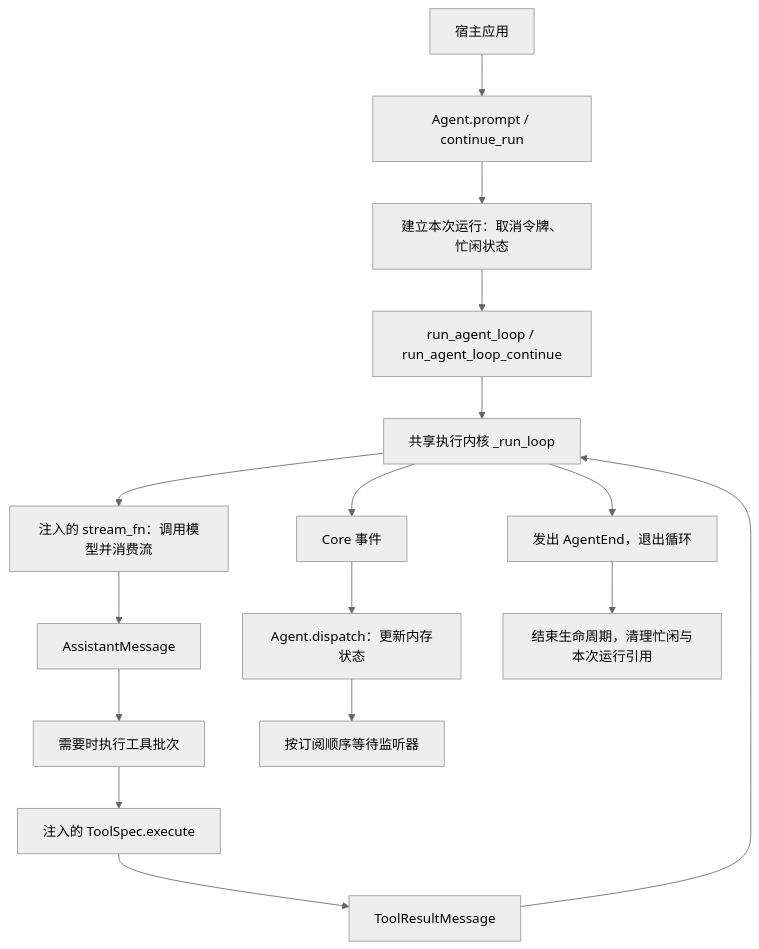
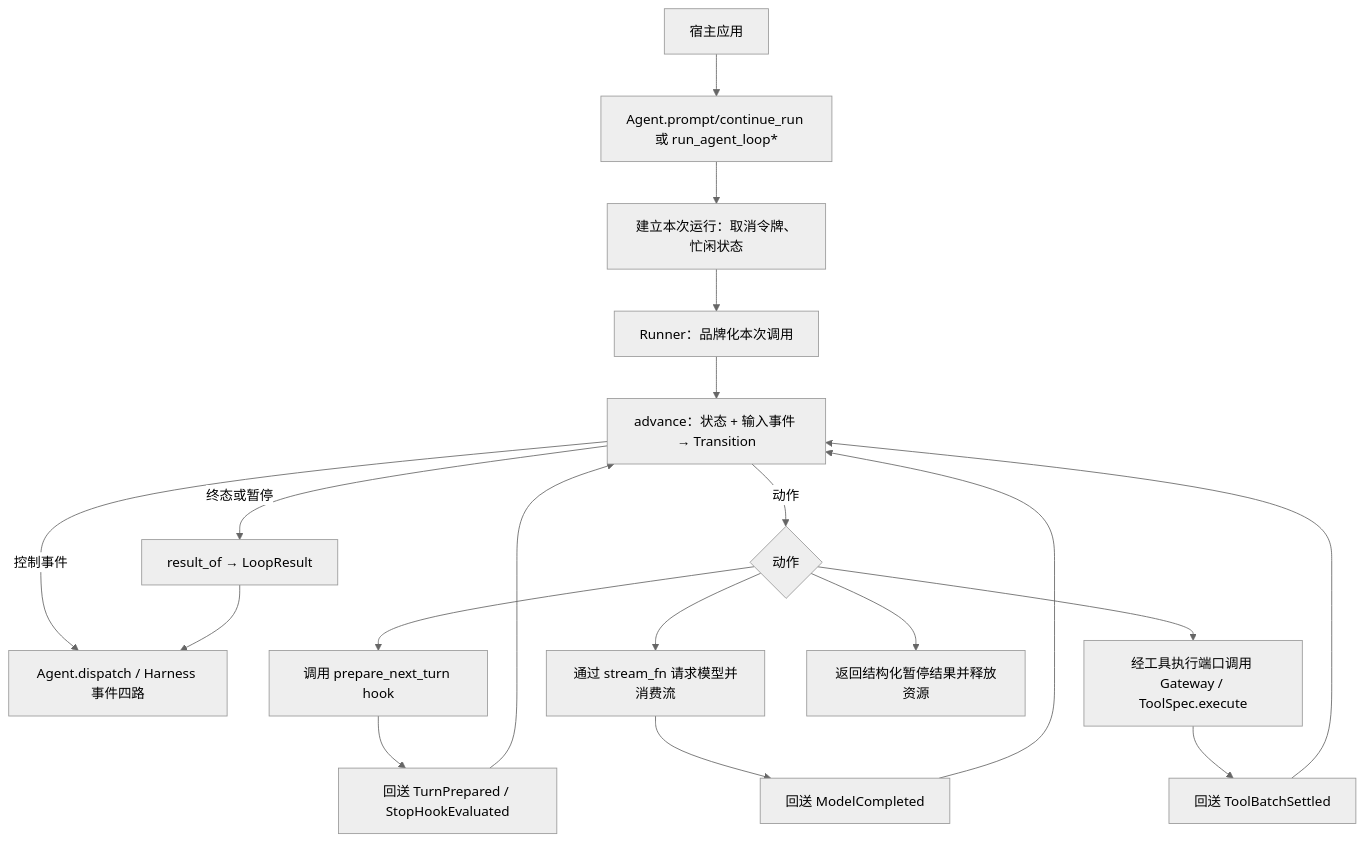
Before and after one commit to SZWzz/yanxu-harness: the first of 2 diagrams in docs/core-execution-current.zh-CN.md, drawn with Mermaid (neutral theme). The commit also changed other lines of this file and 19 other files, not shown here.

First line of the commit message:
refactor: drive all core entrypoints through one runner

````diff
--- a/docs/core-execution-current.zh-CN.md
+++ b/docs/core-execution-current.zh-CN.md
@@ -9,18 +9,21 @@
 ```mermaid
 flowchart TD
-    Host[宿主应用] --> Entry[Agent.prompt / continue_run]
+    Host[宿主应用] --> Entry[Agent.prompt/continue_run 或 run_agent_loop*]
     Entry --> Life[建立本次运行：取消令牌、忙闲状态]
-    Life --> Start[run_agent_loop / run_agent_loop_continue]
-    Start --> Loop[共享执行内核 _run_loop]
-    Loop --> Model[注入的 stream_fn：调用模型并消费流]
-    Model --> Response[AssistantMessage]
-    Response --> Batch[需要时执行工具批次]
-    Batch --> Execute[注入的 ToolSpec.execute]
-    Execute --> Results[ToolResultMessage]
-    Results --> Loop
-    Loop --> Events[Core 事件]
-    Events --> Dispatch[Agent.dispatch：更新内存状态]
-    Dispatch --> Listeners[按订阅顺序等待监听器]
-    Loop --> End[发出 AgentEnd，退出循环]
-    End --> Cleanup[结束生命周期，清理忙闲与本次运行引用]
+    Life --> Runner[Runner：品牌化本次调用]
+    Runner --> Reducer[advance：状态 + 输入事件 → Transition]
+    Reducer -->|控制事件| Dispatch[Agent.dispatch / Harness 事件四路]
+    Reducer -->|动作| Actions{动作}
+    Actions --> Prepare[调用 prepare_next_turn hook]
+    Actions --> Model[通过 stream_fn 请求模型并消费流]
+    Actions --> Tools[经工具执行端口调用 Gateway / ToolSpec.execute]
+    Actions --> Wait[返回结构化暂停结果并释放资源]
+    Prepare --> Event[回送 TurnPrepared / StopHookEvaluated]
+    Model --> Event2[回送 ModelCompleted]
+    Tools --> Event3[回送 ToolBatchSettled]
+    Event --> Reducer
+    Event2 --> Reducer
+    Event3 --> Reducer
+    Reducer -->|终态或暂停| Result[result_of → LoopResult]
+    Result --> Dispatch
 ```
````
